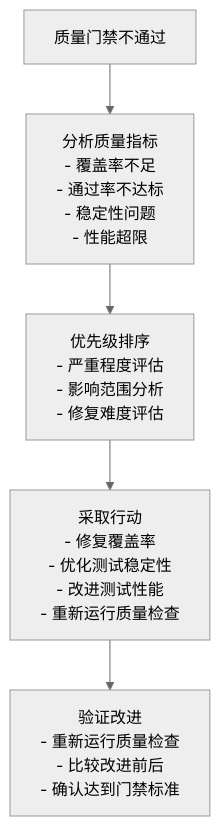
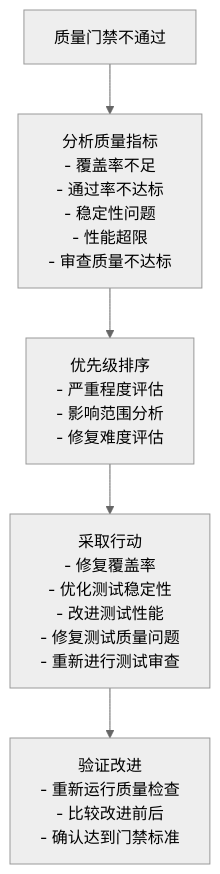
One commit to AngelWings1997/altas changed diagram 25 of 27 in .qoder/repowiki/zh/content/测试专项模式.md. Above: the diagram before and after it, drawn with Mermaid (neutral theme). The commit also changed other lines of this file and 16 other files, not shown here.

````diff
--- a/.qoder/repowiki/zh/content/测试专项模式.md
+++ b/.qoder/repowiki/zh/content/测试专项模式.md
@@ -726,7 +823,7 @@
 ```mermaid
 flowchart TD
-QualityGateFail[质量门禁不通过] --> AnalyzeMetrics["分析质量指标<br/>- 覆盖率不足<br/>- 通过率不达标<br/>- 稳定性问题<br/>- 性能超限"]
+QualityGateFail[质量门禁不通过] --> AnalyzeMetrics["分析质量指标<br/>- 覆盖率不足<br/>- 通过率不达标<br/>- 稳定性问题<br/>- 性能超限<br/>- 审查质量不达标"]
 AnalyzeMetrics --> Prioritize["优先级排序<br/>- 严重程度评估<br/>- 影响范围分析<br/>- 修复难度评估"]
-Prioritize --> Action["采取行动<br/>- 修复覆盖率<br/>- 优化测试稳定性<br/>- 改进测试性能<br/>- 重新运行质量检查"]
+Prioritize --> Action["采取行动<br/>- 修复覆盖率<br/>- 优化测试稳定性<br/>- 改进测试性能<br/>- 修复测试质量问题<br/>- 重新进行测试审查"]
 Action --> Verify["验证改进<br/>- 重新运行质量检查<br/>- 比较改进前后<br/>- 确认达到门禁标准"]
 ```
````
